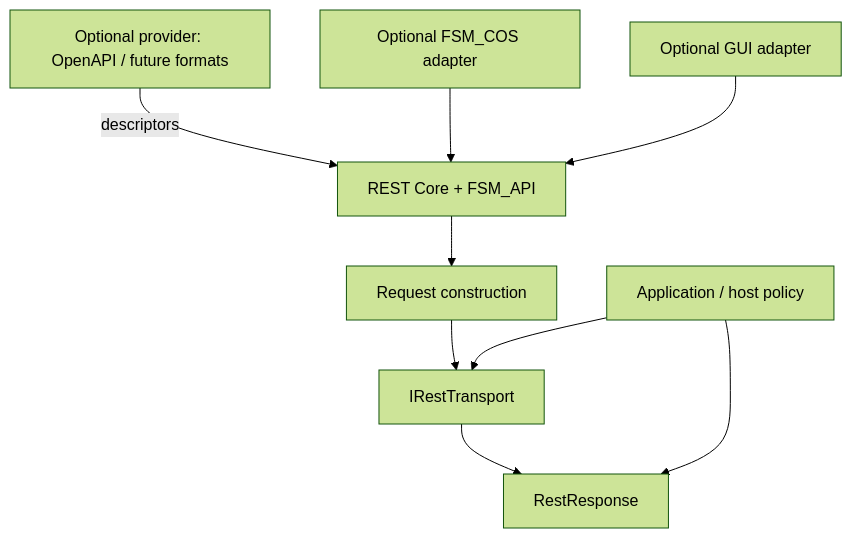
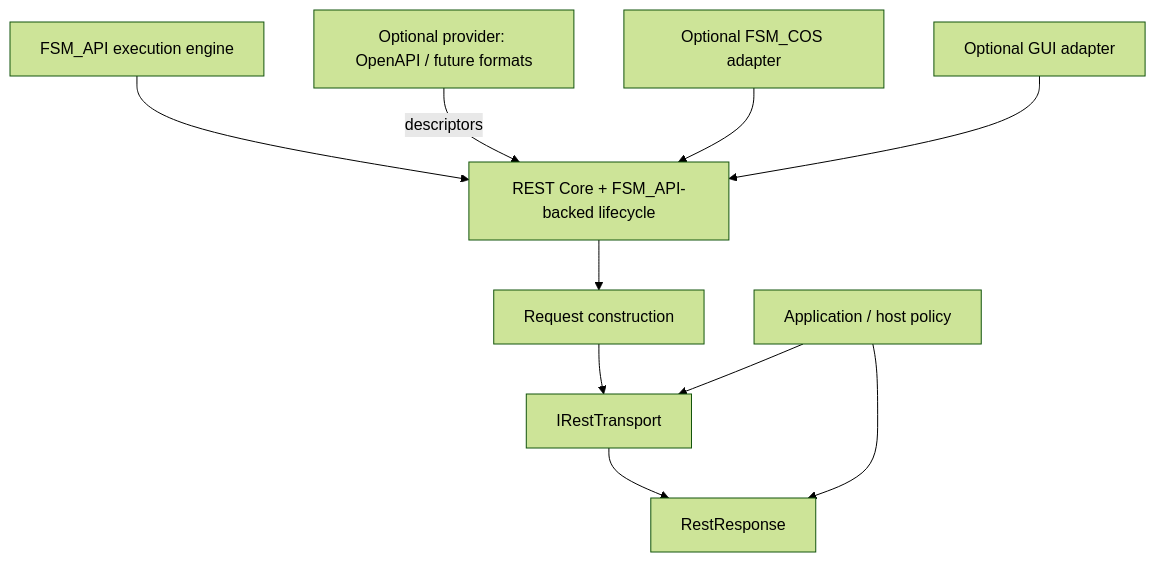
The diagram in docs/ARCHITECTURE.md (TrentBest/TheSingularityWorkshop.FSM_REST), drawn with Mermaid (forest theme) before and after one commit.

Commit message:
docs: show FSM_API as a direct execution dependency

````diff
--- a/docs/ARCHITECTURE.md
+++ b/docs/ARCHITECTURE.md
@@ -13,11 +13,12 @@
 ```mermaid
 flowchart TD
-    Provider[Optional provider: OpenAPI / future formats] -->|descriptors| Core[REST Core + FSM_API]
+    FSMAPI[FSM_API execution engine] --> Core[REST Core + FSM_API-backed lifecycle]
+    Provider[Optional provider: OpenAPI / future formats] -->|descriptors| Core[REST Core + FSM_API-backed lifecycle]
     Core --> Request[Request construction]
     Request --> Transport[IRestTransport]
     Transport --> Response[RestResponse]
     COS[Optional FSM_COS adapter] --> Core
     GUI[Optional GUI adapter] --> Core
     Host[Application / host policy] --> Transport
     Host --> Response
 ```
````
